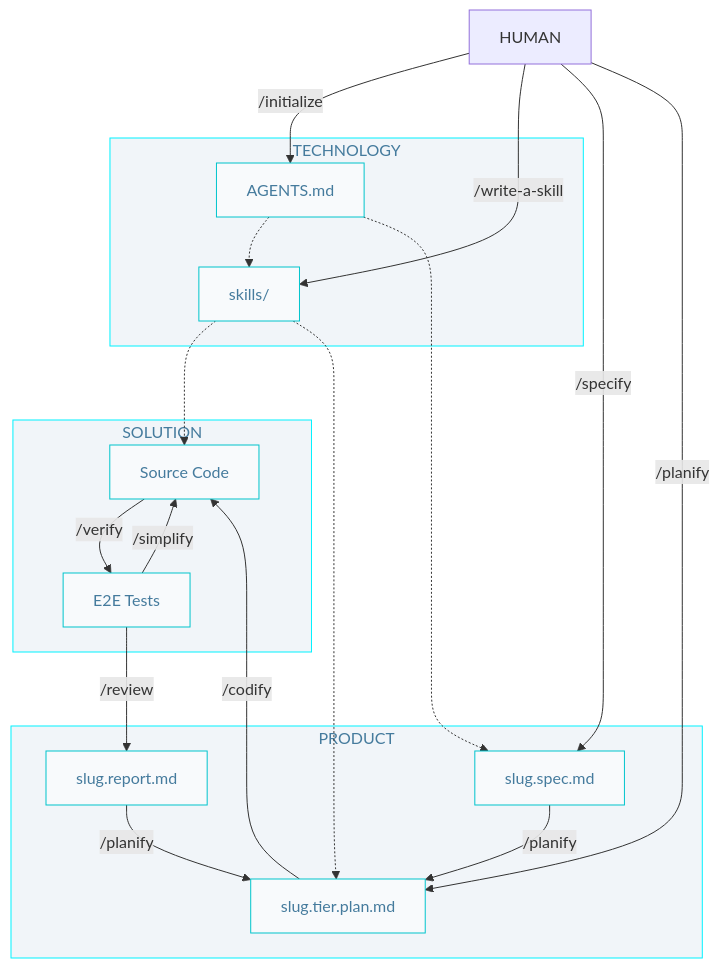
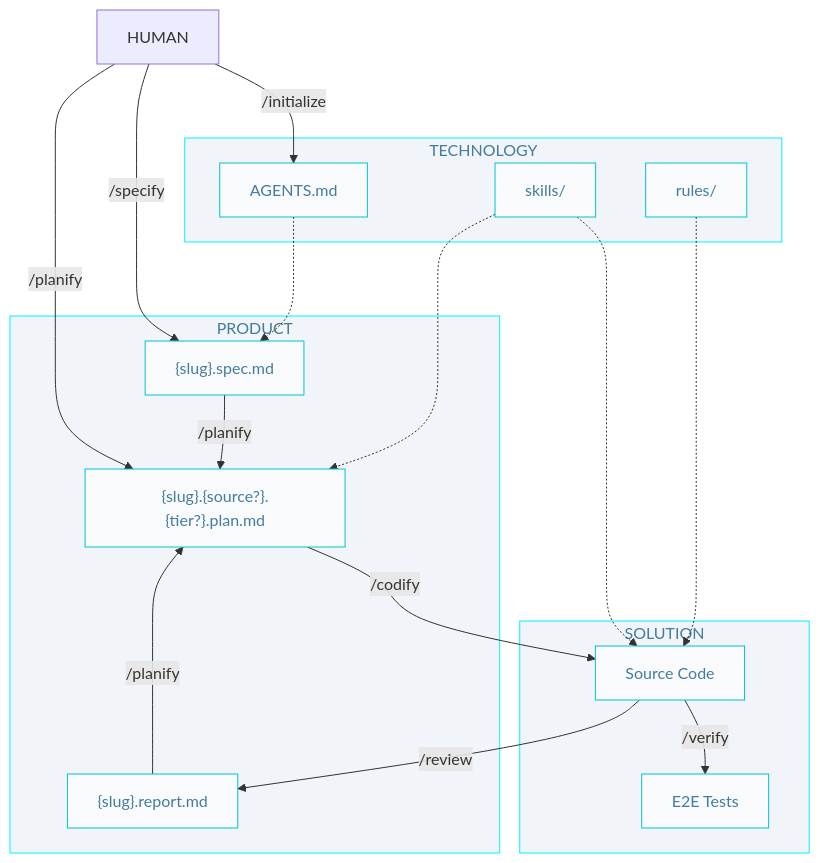
The diagram in docs/4-0-0-verificar_y_mejorar/demo/4-sdd.diagram.md (AlbertoBasaloLabs/programacion-inteligente), drawn with Mermaid before and after one commit. The commit also changed other lines of this file and 9 other files, not shown here.

````diff
--- a/docs/4-0-0-verificar_y_mejorar/demo/4-sdd.diagram.md
+++ b/docs/4-0-0-verificar_y_mejorar/demo/4-sdd.diagram.md
@@ -4,40 +3,38 @@
 ```mermaid
 flowchart TD
   classDef nd fill:#f8fafc,stroke:#00c4cc,color:#457b9d
   classDef sg fill:#f1f5f9,stroke:#00f2ff,color:#457b9d 
 
   HUM[HUMAN]
 
   subgraph P["PRODUCT"]
-      SPC["slug.spec.md"]:::nd
-      PLN["slug.tier.plan.md"]:::nd
-      RPT["slug.report.md"]:::nd
+      SPC["{slug}.spec.md"]:::nd
+      PLN["{slug}.{source?}.{tier?}.plan.md"]:::nd
+      RPT["{slug}.report.md"]:::nd
   end
 
   subgraph T["TECHNOLOGY"]
       AGT["AGENTS.md"]:::nd
       SKL["skills/"]:::nd
+      RUL["rules/"]:::nd
   end  
 
   subgraph S["SOLUTION"]
       COD[Source Code]:::nd
       E2E["E2E Tests"]:::nd
   end
 
   HUM -->|/initialize| AGT
-  HUM -->|/write-a-skill| SKL
   HUM -->|/specify| SPC
   HUM -->|/planify| PLN
   RPT -->|/planify| PLN
-  AGT -.-> SKL
   AGT -.-> SPC  
-  SKL -.-> COD  
+  SKL & RUL -.-> COD  
   SKL -.-> PLN
   SPC -->|/planify| PLN
   PLN -->|/codify| COD
   COD -->|/verify| E2E
-  E2E -->|/simplify| COD
-  E2E -->|/review| RPT
+  COD -->|/review| RPT
 
   class P,T,S sg
 ```
````
